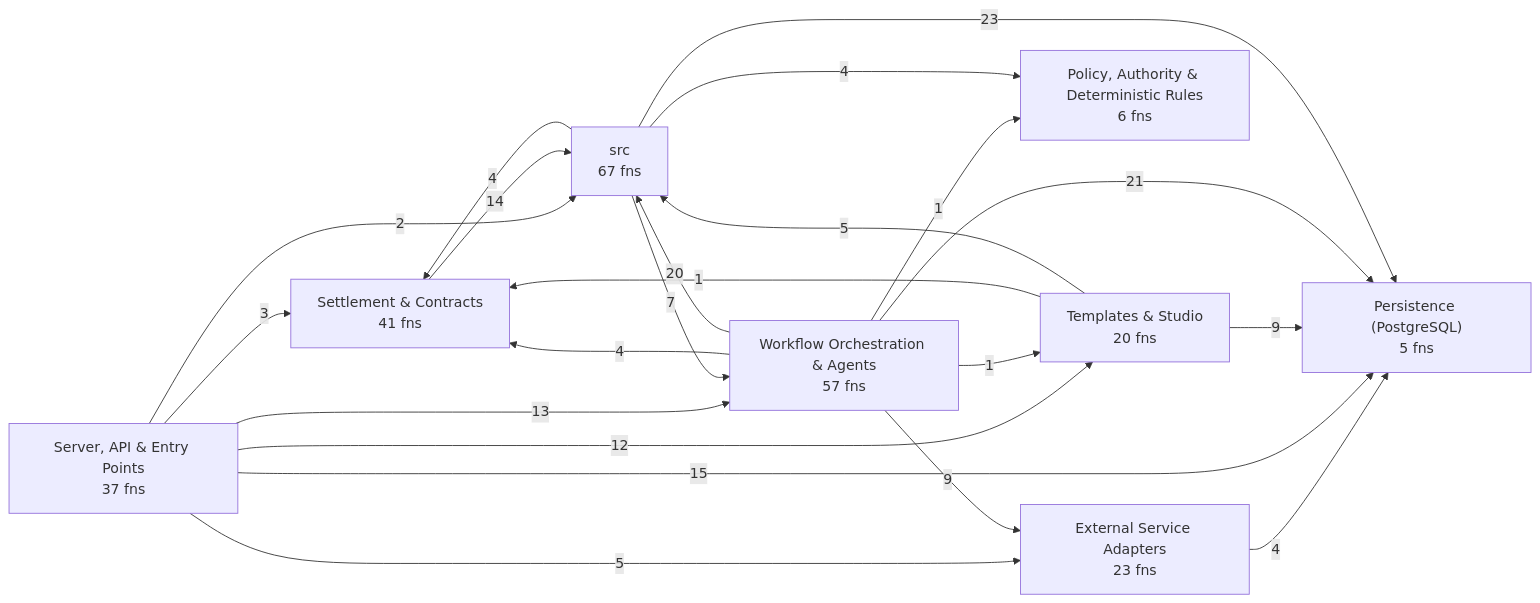
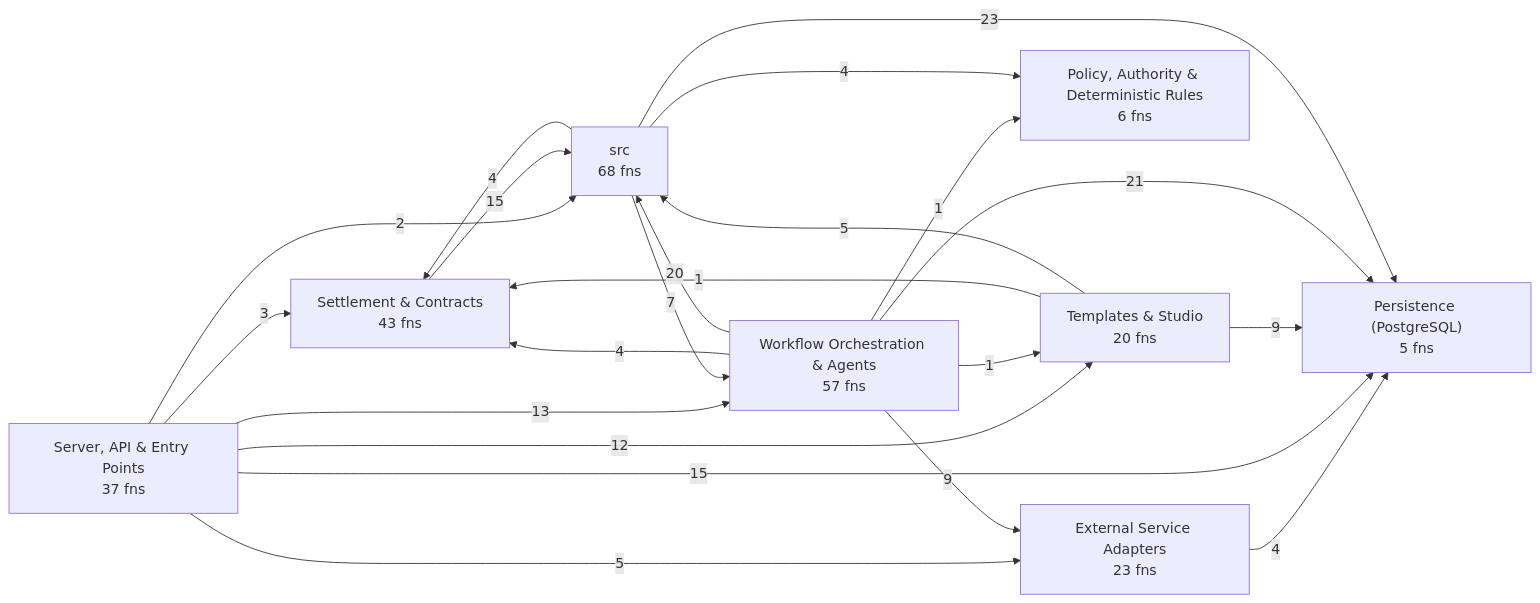
The first of 8 diagrams in docs/CODEBASE_MAP.md (Jaydearcadian/bind), drawn with Mermaid before and after one commit. The commit also changed other lines of this file and 11 other files, not shown here.

````diff
--- a/docs/CODEBASE_MAP.md
+++ b/docs/CODEBASE_MAP.md
@@ -12,32 +12,32 @@
 ```mermaid
 flowchart LR
   L0["External Service Adapters<br/>23 fns"]
   L1["Persistence (PostgreSQL)<br/>5 fns"]
   L2["Policy, Authority & Deterministic Rules<br/>6 fns"]
   L3["Server, API & Entry Points<br/>37 fns"]
-  L4["Settlement & Contracts<br/>41 fns"]
+  L4["Settlement & Contracts<br/>43 fns"]
   L5["Templates & Studio<br/>20 fns"]
   L6["Workflow Orchestration & Agents<br/>57 fns"]
-  L7["src<br/>67 fns"]
+  L7["src<br/>68 fns"]
   L0 -->|4| L1
   L3 -->|5| L0
   L3 -->|15| L1
   L3 -->|3| L4
   L3 -->|12| L5
   L3 -->|13| L6
   L3 -->|2| L7
-  L4 -->|14| L7
+  L4 -->|15| L7
   L5 -->|9| L1
   L5 -->|1| L4
   L5 -->|5| L7
   L6 -->|9| L0
   L6 -->|21| L1
   L6 -->|1| L2
   L6 -->|4| L4
   L6 -->|1| L5
   L6 -->|20| L7
   L7 -->|23| L1
   L7 -->|4| L2
   L7 -->|4| L4
   L7 -->|7| L6
 ```
````
